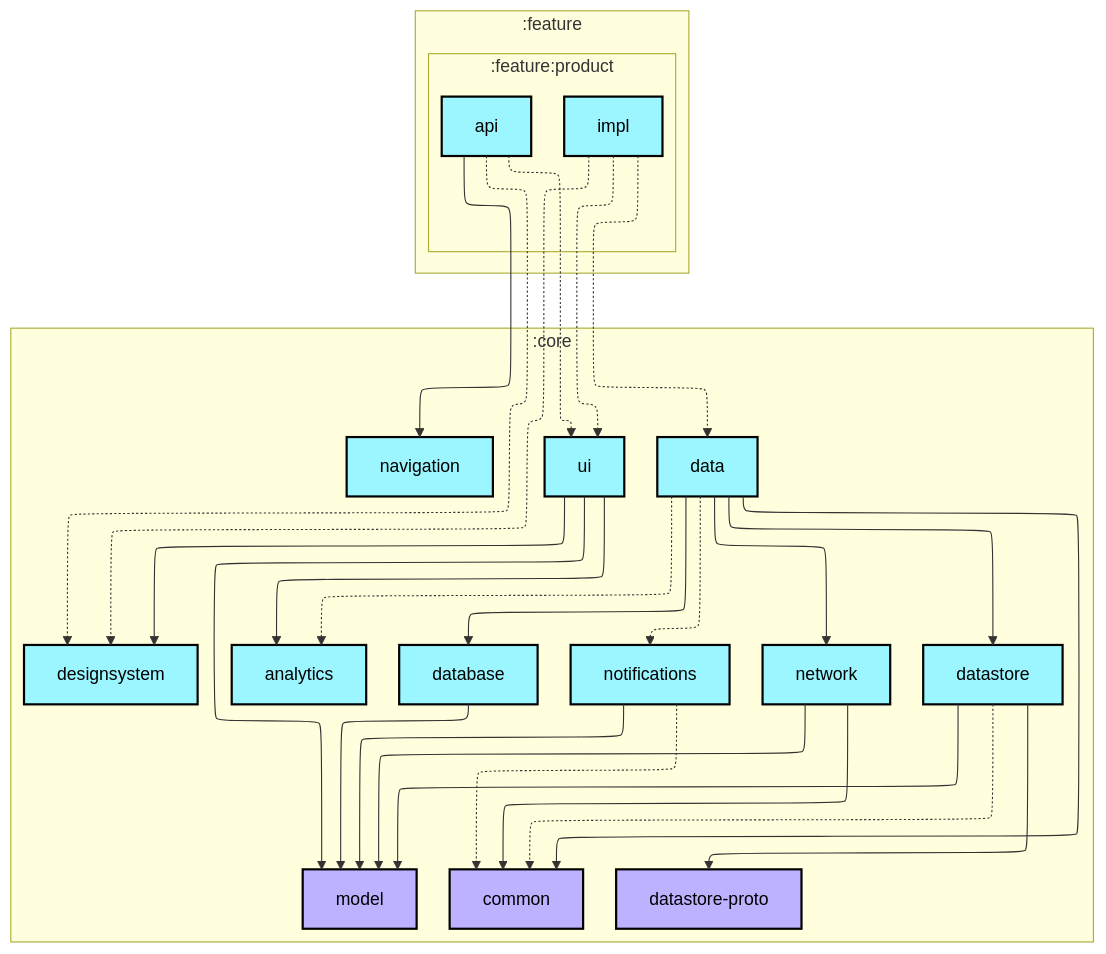
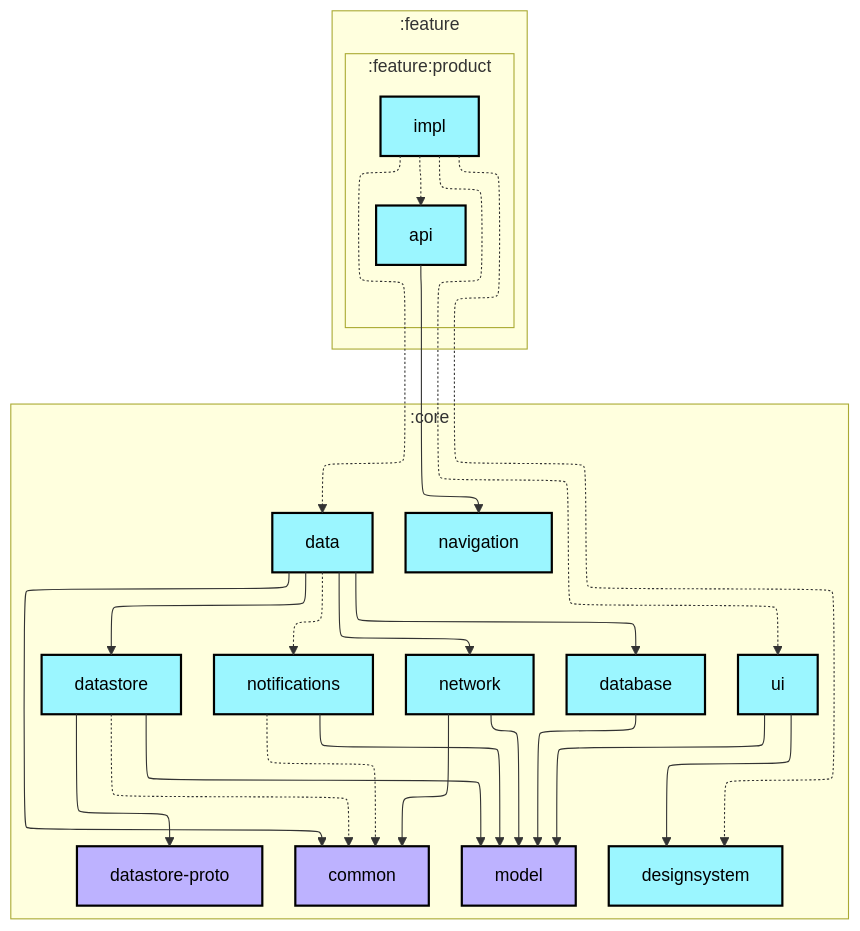
One commit to AshishMK/JetUpdates changed the first of 2 diagrams in feature/product/impl/README.md. Above: the diagram before and after it, drawn with Mermaid. The commit also changed 15 other files, not shown here.

Commit message:
feat: hideBottomBar logic All pull requests completed after PR # 2003Migrate project to Jetpack Navigation 3 to PR #2100 Update README graphs with correct datastore-proto plugin

````diff
--- a/feature/product/impl/README.md
+++ b/feature/product/impl/README.md
@@ -6,63 +6,59 @@
 ```mermaid
 ---
 config:
   layout: elk
   elk:
     nodePlacementStrategy: SIMPLE
 ---
 graph TB
   subgraph :feature
     direction TB
     subgraph :feature:product
       direction TB
       :feature:product:api[api]:::android-library
       :feature:product:impl[impl]:::android-library
     end
   end
   subgraph :core
     direction TB
-    :core:analytics[analytics]:::android-library
     :core:common[common]:::jvm-library
     :core:data[data]:::android-library
     :core:database[database]:::android-library
     :core:datastore[datastore]:::android-library
     :core:datastore-proto[datastore-proto]:::jvm-library
     :core:designsystem[designsystem]:::android-library
     :core:model[model]:::jvm-library
     :core:navigation[navigation]:::android-library
     :core:network[network]:::android-library
     :core:notifications[notifications]:::android-library
     :core:ui[ui]:::android-library
   end
 
-  :core:data -.-> :core:analytics
   :core:data --> :core:common
   :core:data --> :core:database
   :core:data --> :core:datastore
   :core:data --> :core:network
   :core:data -.-> :core:notifications
   :core:database --> :core:model
   :core:datastore -.-> :core:common
   :core:datastore --> :core:datastore-proto
   :core:datastore --> :core:model
   :core:network --> :core:common
   :core:network --> :core:model
   :core:notifications -.-> :core:common
   :core:notifications --> :core:model
-  :core:ui --> :core:analytics
   :core:ui --> :core:designsystem
   :core:ui --> :core:model
-  :feature:product:api -.-> :core:designsystem
   :feature:product:api --> :core:navigation
-  :feature:product:api -.-> :core:ui
   :feature:product:impl -.-> :core:data
   :feature:product:impl -.-> :core:designsystem
   :feature:product:impl -.-> :core:ui
+  :feature:product:impl -.-> :feature:product:api
 
 classDef android-application fill:#CAFFBF,stroke:#000,stroke-width:2px,color:#000;
 classDef android-feature fill:#FFD6A5,stroke:#000,stroke-width:2px,color:#000;
 classDef android-library fill:#9BF6FF,stroke:#000,stroke-width:2px,color:#000;
 classDef android-test fill:#A0C4FF,stroke:#000,stroke-width:2px,color:#000;
 classDef jvm-library fill:#BDB2FF,stroke:#000,stroke-width:2px,color:#000;
 classDef unknown fill:#FFADAD,stroke:#000,stroke-width:2px,color:#000;
 ```
````
